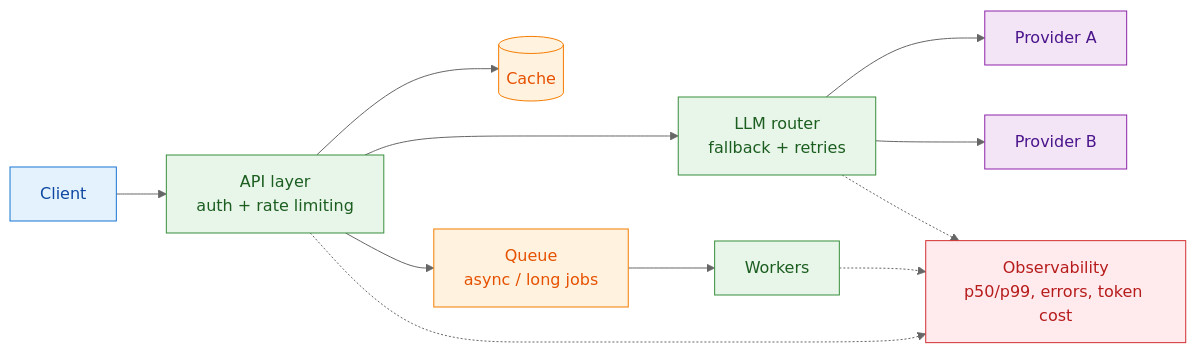
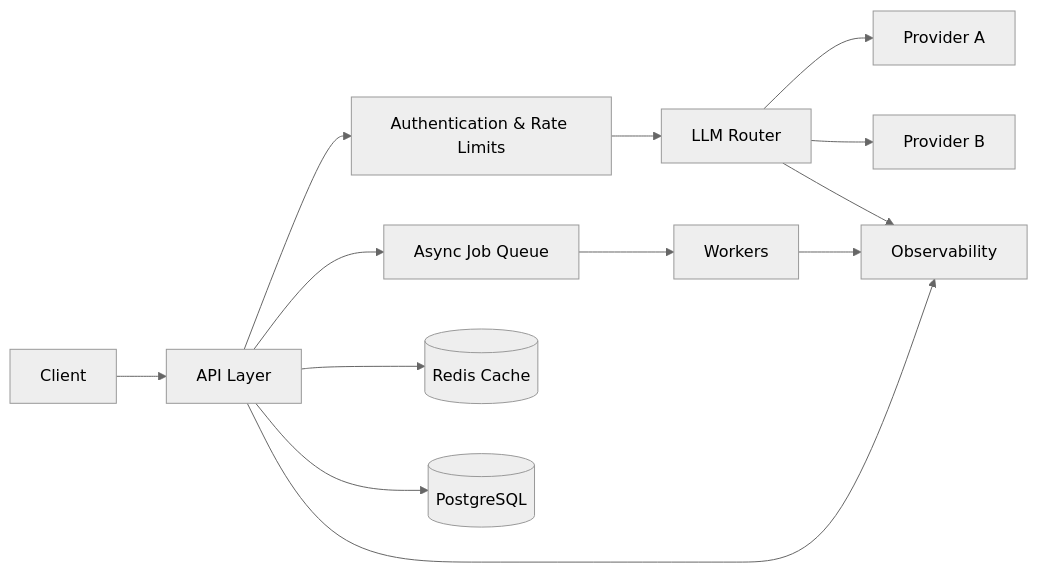
Before and after one commit to Tushar01yadav/Tushar01yadav: the diagram in README.md, drawn with Mermaid (neutral theme). The commit also changed other lines of this file, not shown here.

````diff
--- a/README.md
+++ b/README.md
@@ -31,19 +110,15 @@
 ```mermaid
 flowchart LR
-    C[Client]:::client --> A["API layer<br/>auth + rate limiting"]:::api
-    A --> CA[("Cache")]:::data
-    A --> R["LLM router<br/>fallback + retries"]:::api
-    R --> P1[Provider A]:::llm
-    R --> P2[Provider B]:::llm
-    A --> Q["Queue<br/>async / long jobs"]:::data
-    Q --> W[Workers]:::api
-    A -.-> O["Observability<br/>p50/p99, errors, token cost"]:::obs
-    R -.-> O
-    W -.-> O
-
-    classDef client fill:#E3F2FD,stroke:#1976D2,color:#0D47A1
-    classDef api fill:#E8F5E9,stroke:#388E3C,color:#1B5E20
-    classDef data fill:#FFF3E0,stroke:#F57C00,color:#E65100
-    classDef llm fill:#F3E5F5,stroke:#8E24AA,color:#4A148C
-    classDef obs fill:#FFEBEE,stroke:#D32F2F,color:#B71C1C
+    C[Client] --> A[API Layer]
+    A --> AUTH[Authentication & Rate Limits]
+    AUTH --> R[LLM Router]
+    R --> P1[Provider A]
+    R --> P2[Provider B]
+    A --> Q[Async Job Queue]
+    Q --> W[Workers]
+    A --> CACHE[(Redis Cache)]
+    A --> DB[(PostgreSQL)]
+    R --> O[Observability]
+    W --> O
+    A --> O
 ```
````
